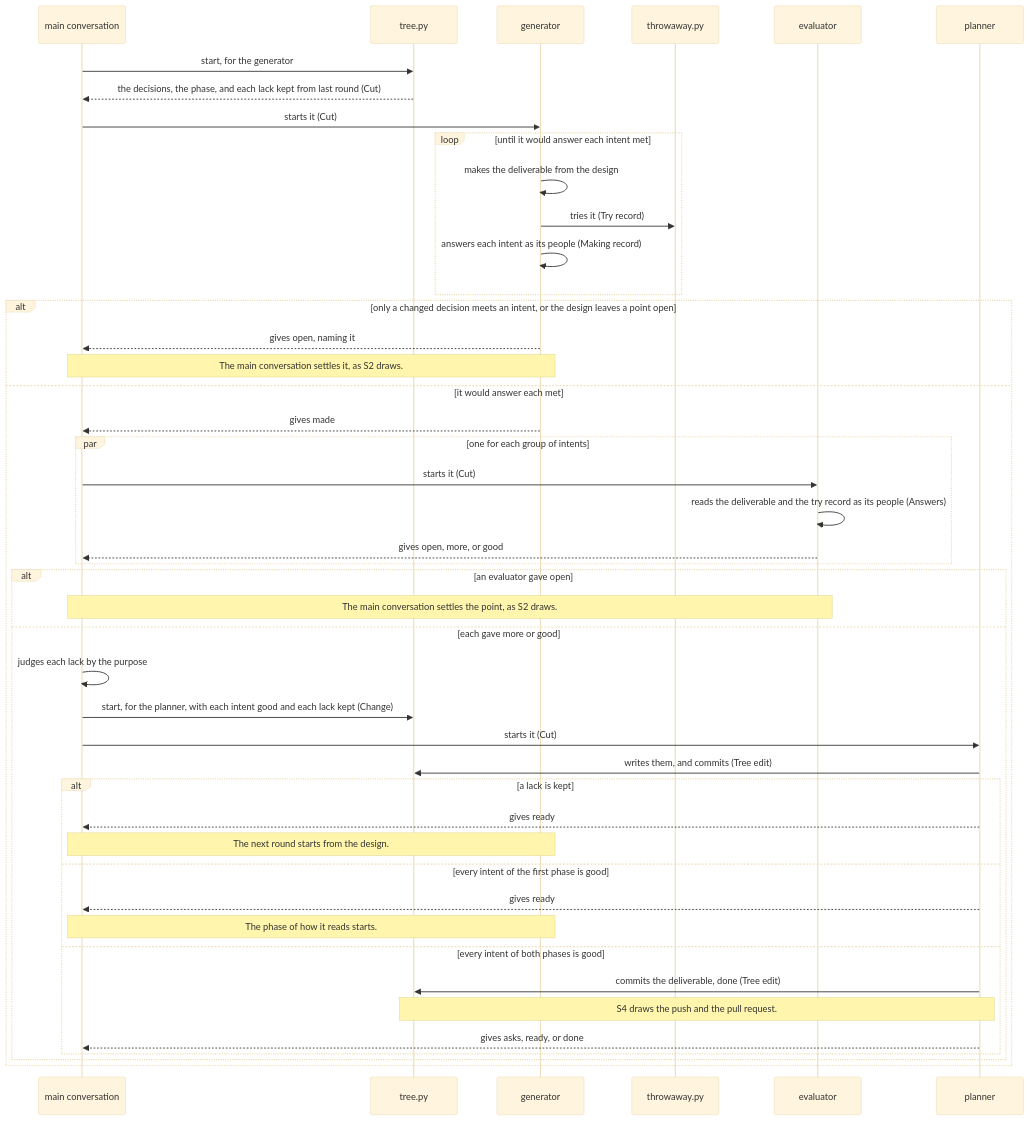
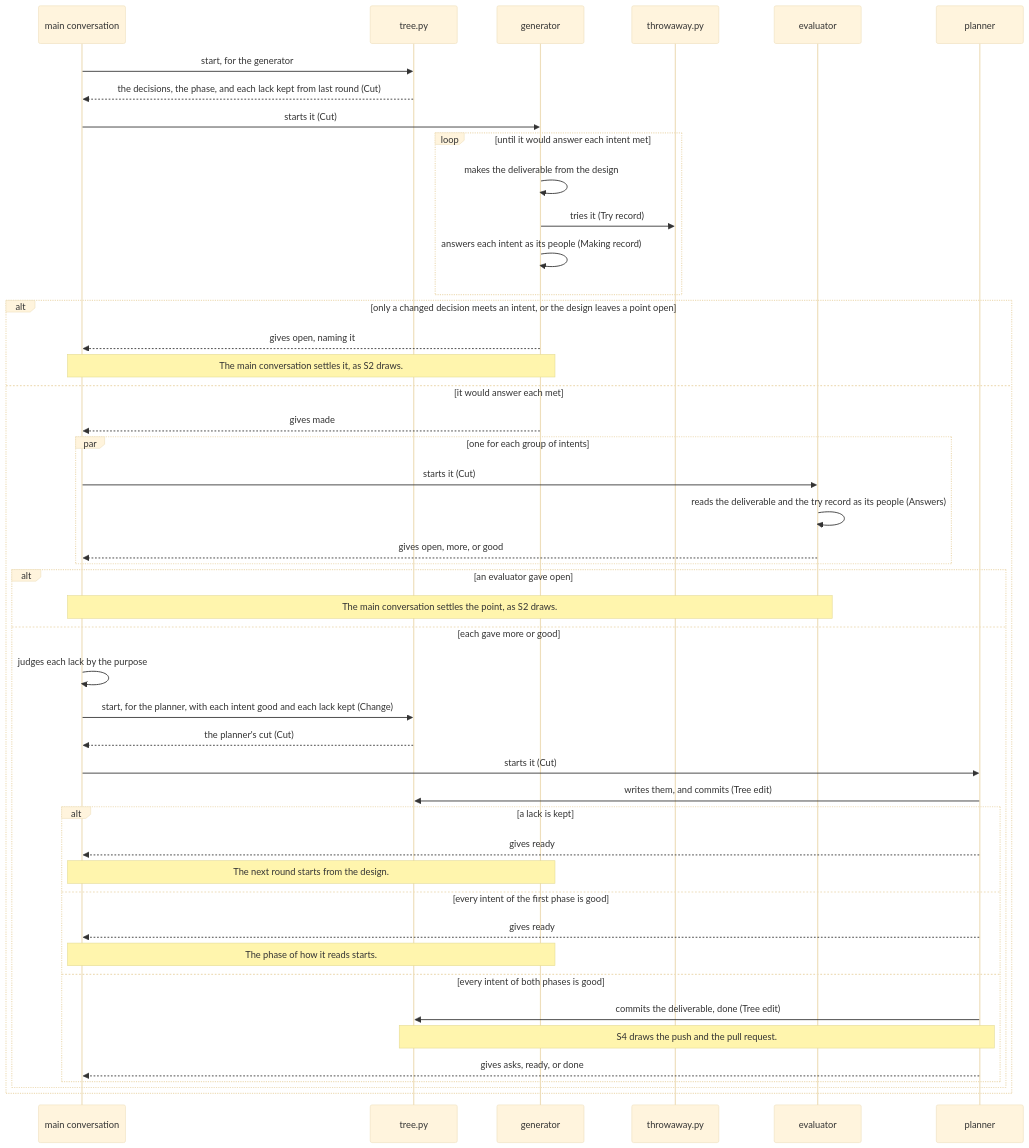
Before and after one commit to lovaizu/ccpm: the third of 6 diagrams in dev/rn/architecture.md, drawn with Mermaid (base theme). The commit also changed other lines of this file and 3 other files, not shown here.

````diff
--- a/dev/rn/architecture.md
+++ b/dev/rn/architecture.md
@@ -286,47 +285,48 @@
 ```mermaid
 sequenceDiagram
   participant M as main conversation
   participant T as tree.py
   participant G as generator
   participant W as throwaway.py
   participant E as evaluator
   participant P as planner
   M->>T: start, for the generator
   T-->>M: the decisions, the phase, and each lack kept from last round (Cut)
   M->>G: starts it (Cut)
   loop until it would answer each intent met
     G->>G: makes the deliverable from the design
     G->>W: tries it (Try record)
     G->>G: answers each intent as its people (Making record)
   end
   alt only a changed decision meets an intent, or the design leaves a point open
     G-->>M: gives open, naming it
     Note over M,G: The main conversation settles it, as S2 draws.
   else it would answer each met
     G-->>M: gives made
     par one for each group of intents
       M->>E: starts it (Cut)
       E->>E: reads the deliverable and the try record as its people (Answers)
       E-->>M: gives open, more, or good
     end
     alt an evaluator gave open
       Note over M,E: The main conversation settles the point, as S2 draws.
     else each gave more or good
       M->>M: judges each lack by the purpose
       M->>T: start, for the planner, with each intent good and each lack kept (Change)
+      T-->>M: the planner's cut (Cut)
       M->>P: starts it (Cut)
       P->>T: writes them, and commits (Tree edit)
       alt a lack is kept
         P-->>M: gives ready
         Note over M,G: The next round starts from the design.
       else every intent of the first phase is good
         P-->>M: gives ready
         Note over M,G: The phase of how it reads starts.
       else every intent of both phases is good
         P->>T: commits the deliverable, done (Tree edit)
         Note over P,T: S4 draws the push and the pull request.
         P-->>M: gives asks, ready, or done
       end
     end
   end
 ```
````
